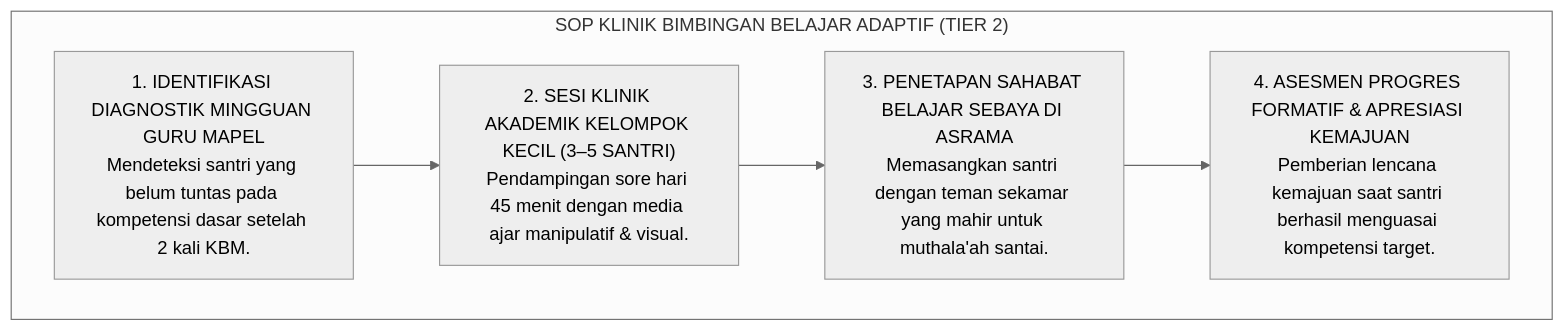
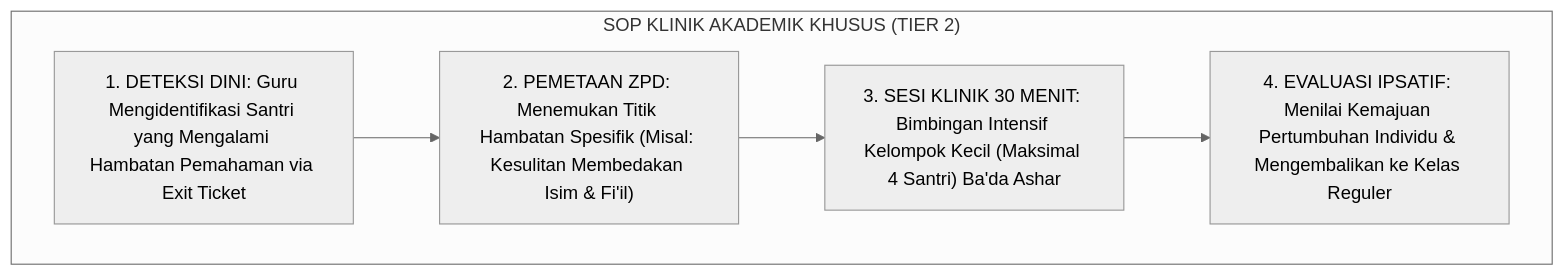
The third of 3 diagrams in 02 Principles/03 Learning Principles/P2-03-05-Prinsip-Diferensiasi-Pembelajaran-dan-Inklusi-Santri.md (wandiapriliyandi/tumbuh), drawn with Mermaid (neutral theme) before and after one commit. The commit also changed other lines of this file and 6 other files, not shown here.

````diff
--- a/02 Principles/03 Learning Principles/P2-03-05-Prinsip-Diferensiasi-Pembelajaran-dan-Inklusi-Santri.md
+++ b/02 Principles/03 Learning Principles/P2-03-05-Prinsip-Diferensiasi-Pembelajaran-dan-Inklusi-Santri.md
@@ -179,14 +155,9 @@
 ```mermaid
 flowchart TD
-    subgraph SOPTier2BimbinganAkademik["SOP KLINIK BIMBINGAN BELAJAR ADAPTIF (TIER 2)"]
-        Identifikasi["1. IDENTIFIKASI DIAGNOSTIK MINGGUAN GURU MAPEL<br/>Mendeteksi santri yang belum tuntas pada kompetensi dasar setelah 2 kali KBM."]
-        
-        KlinikBelajar["2. SESI KLINIK AKADEMIK KELOMPOK KECIL (3–5 SANTRI)<br/>Pendampingan sore hari 45 menit dengan media ajar manipulatif & visual."]
-        
-        PeerBuddy["3. PENETAPAN SAHABAT BELAJAR SEBAYA DI ASRAMA<br/>Memasangkan santri dengan teman sekamar yang mahir untuk muthala'ah santai."]
-        
-        EvaluasiProgres["4. ASESMEN PROGRES FORMATIF & APRESIASI KEMAJUAN<br/>Pemberian lencana kemajuan saat santri berhasil menguasai kompetensi target."]
-        
-        Identifikasi --> KlinikBelajar --> PeerBuddy --> EvaluasiProgres
+    subgraph SOPPenangananTier2Akademik["SOP KLINIK AKADEMIK KHUSUS (TIER 2)"]
+        DeteksiDiagnostik["1. DETEKSI DINI: Guru Mengidentifikasi Santri yang Mengalami Hambatan Pemahaman via Exit Ticket"]
+        --> PemetaanZPD["2. PEMETAAN ZPD: Menemukan Titik Hambatan Spesifik (Misal: Kesulitan Membedakan Isim & Fi'il)"]
+        --> SesiKlinik30m["3. SESI KLINIK 30 MENIT: Bimbingan Intensif Kelompok Kecil (Maksimal 4 Santri) Ba'da Ashar"]
+        --> EvaluasiIpsatif["4. EVALUASI IPSATIF: Menilai Kemajuan Pertumbuhan Individu & Mengembalikan ke Kelas Reguler"]
     end
 ```
````
